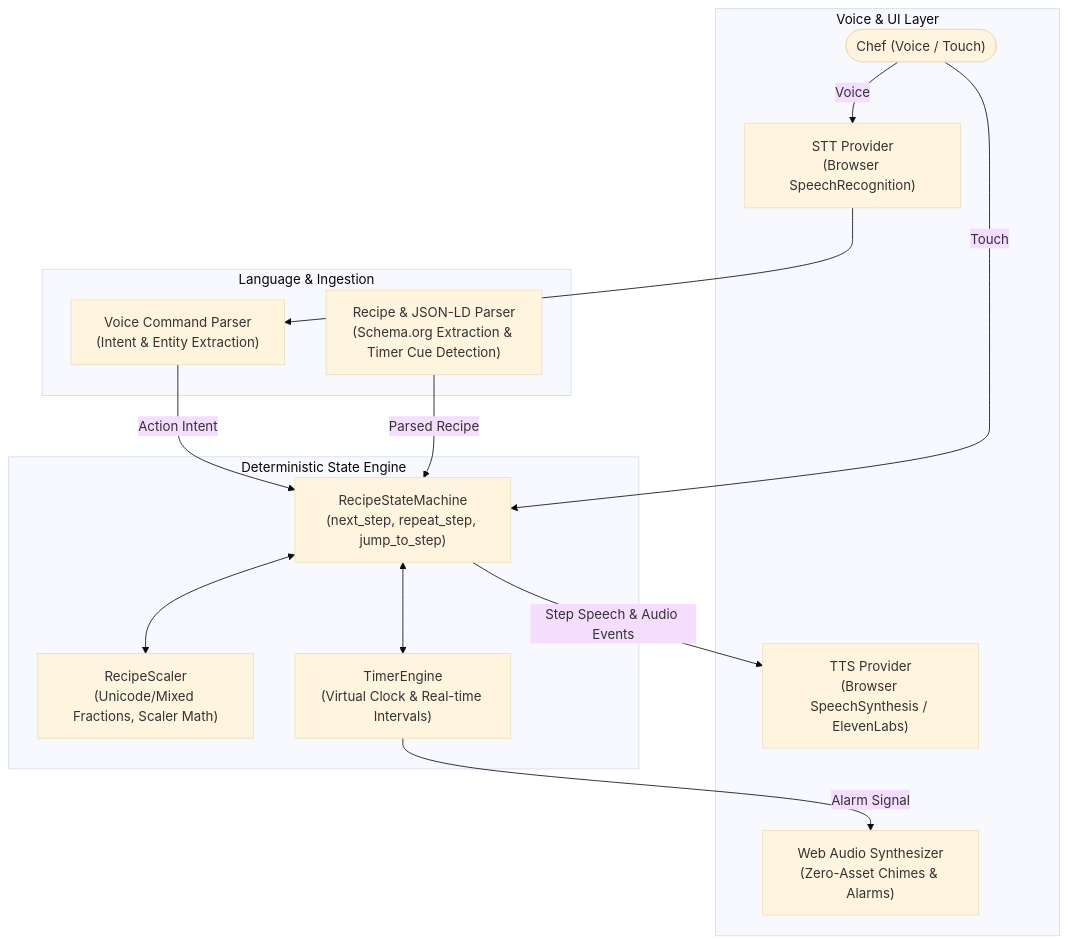
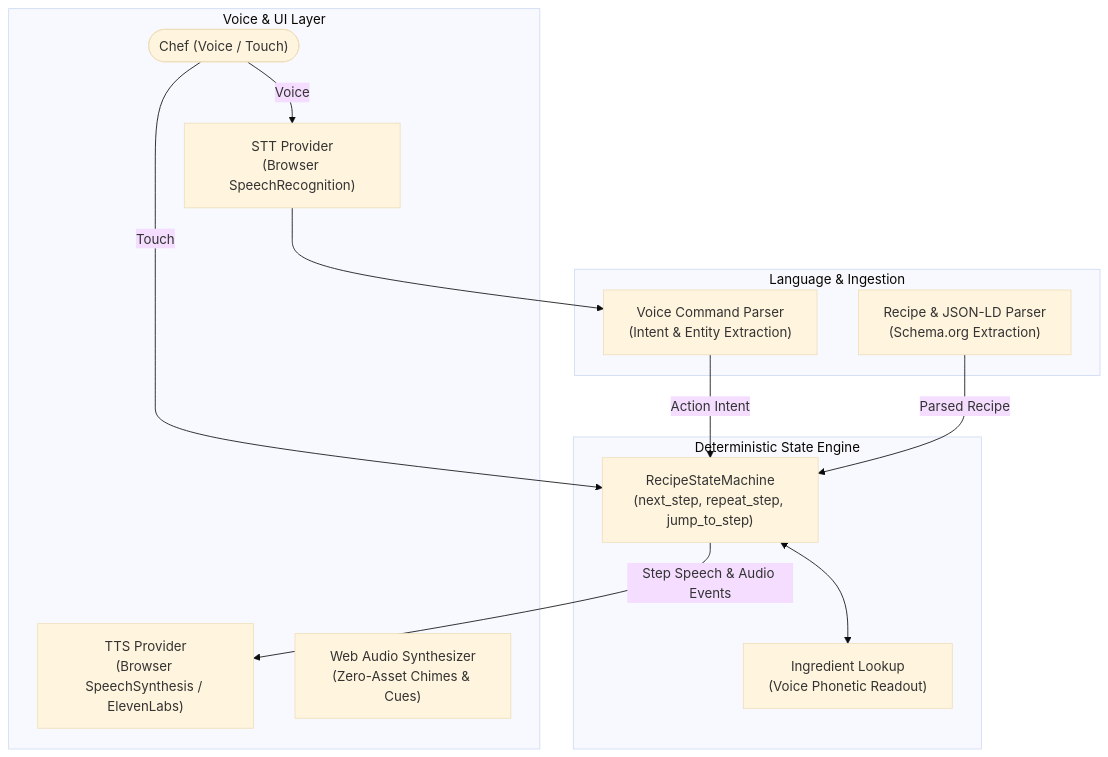
One commit to jds0uza/recipe-reader changed the first of 2 diagrams in README.md. Above: the diagram before and after it, drawn with Mermaid (base theme). The commit also changed other lines of this file and 13 other files, not shown here.

````diff
--- a/README.md
+++ b/README.md
@@ -25,30 +25,27 @@
 ```mermaid
 flowchart TD
     subgraph UI_Layer ["Voice & UI Layer"]
         User(["Chef (Voice / Touch)"])
         STT["STT Provider\n(Browser SpeechRecognition)"]
         TTS["TTS Provider\n(Browser SpeechSynthesis / ElevenLabs)"]
-        AudioFX["Web Audio Synthesizer\n(Zero-Asset Chimes & Alarms)"]
+        AudioFX["Web Audio Synthesizer\n(Zero-Asset Chimes & Cues)"]
     end
 
     subgraph Parser_Layer ["Language & Ingestion"]
         VCP["Voice Command Parser\n(Intent & Entity Extraction)"]
-        URLP["Recipe & JSON-LD Parser\n(Schema.org Extraction & Timer Cue Detection)"]
+        URLP["Recipe & JSON-LD Parser\n(Schema.org Extraction)"]
     end
 
     subgraph Core_Engine ["Deterministic State Engine"]
         SM["RecipeStateMachine\n(next_step, repeat_step, jump_to_step)"]
-        Scaler["RecipeScaler\n(Unicode/Mixed Fractions, Scaler Math)"]
-        Timer["TimerEngine\n(Virtual Clock & Real-time Intervals)"]
+        IngQ["Ingredient Lookup\n(Voice Phonetic Readout)"]
     end
 
     User -->|Voice| STT
     User -->|Touch| SM
     STT --> VCP
     VCP -->|Action Intent| SM
     URLP -->|Parsed Recipe| SM
-    SM <--> Scaler
-    SM <--> Timer
+    SM <--> IngQ
     SM -->|Step Speech & Audio Events| TTS
-    Timer -->|Alarm Signal| AudioFX
 ```
````
